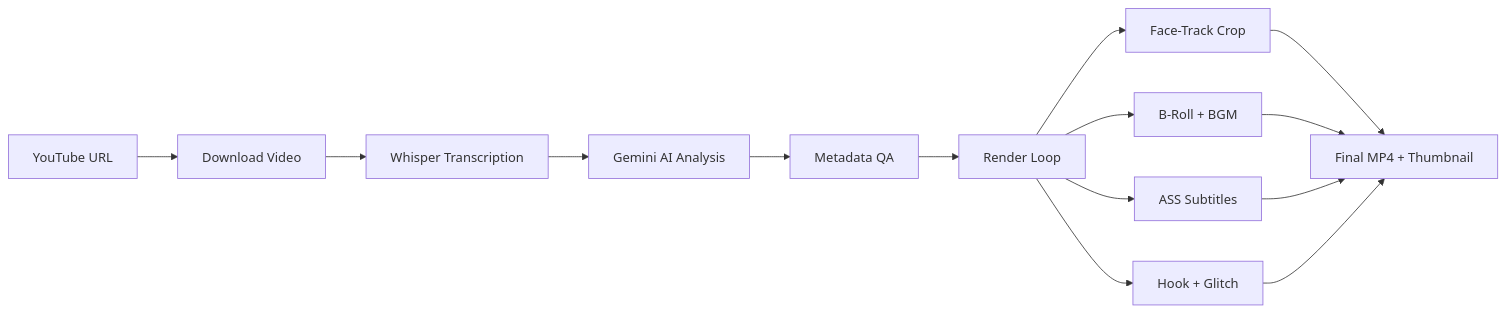
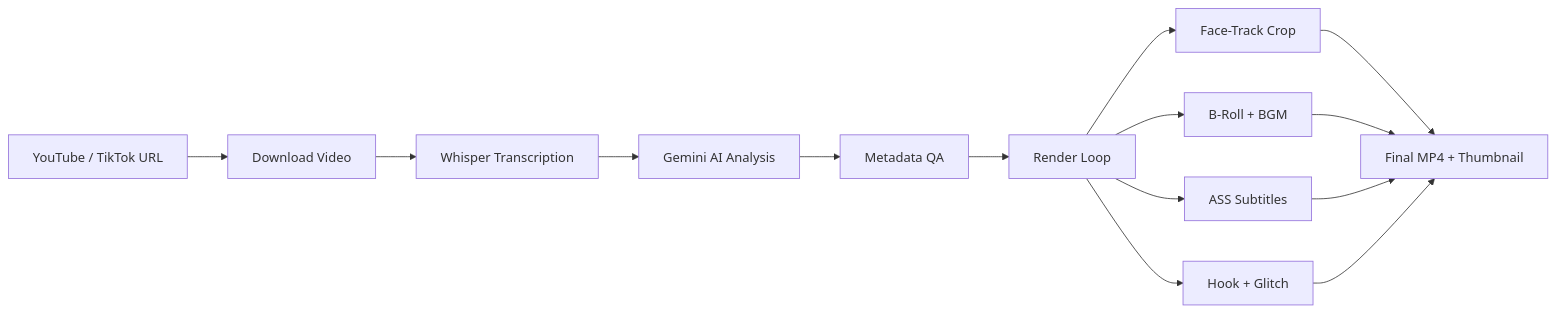
One commit to troublescope/Ashortai changed the diagram in README.md. Above: the diagram before and after it, drawn with Mermaid. The commit also changed other lines of this file and 6 other files, not shown here.

Commit message:
feat: add support for processing TikTok video URLs via --tiktok flag

````diff
--- a/README.md
+++ b/README.md
@@ -399,13 +403,13 @@
 ```mermaid
 graph LR
-    A[YouTube URL] --> B[Download Video]
+    A[YouTube / TikTok URL] --> B[Download Video]
     B --> C[Whisper Transcription]
     C --> D[Gemini AI Analysis]
     D --> E[Metadata QA]
     E --> F[Render Loop]
     F --> G[Face-Track Crop]
     F --> H[B-Roll + BGM]
     F --> I[ASS Subtitles]
     F --> J[Hook + Glitch]
     G & H & I & J --> K[Final MP4 + Thumbnail]
 ```
````
